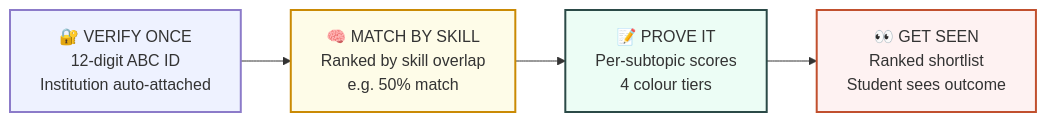
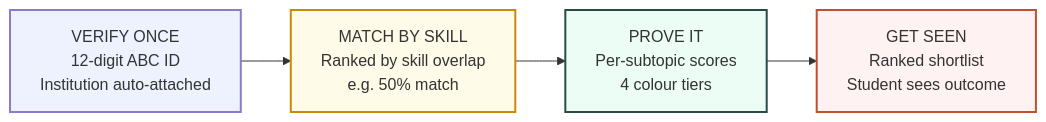
Before and after one commit to ayushjha-dev/RISE: the first of 7 diagrams in README.md, drawn with Mermaid. The commit also changed other lines of this file, not shown here.

````diff
--- a/README.md
+++ b/README.md
@@ -146,10 +146,10 @@
 ```mermaid
 flowchart LR
-    A[🔐 VERIFY ONCE<br/>12-digit ABC ID<br/>Institution auto-attached] --> B[🧠 MATCH BY SKILL<br/>Ranked by skill overlap<br/>e.g. 50% match]
-    B --> C[📝 PROVE IT<br/>Per-subtopic scores<br/>4 colour tiers]
-    C --> D[👀 GET SEEN<br/>Ranked shortlist<br/>Student sees outcome]
+    A[VERIFY ONCE<br/>12-digit ABC ID<br/>Institution auto-attached] --> B[MATCH BY SKILL<br/>Ranked by skill overlap<br/>e.g. 50% match]
+    B --> C[PROVE IT<br/>Per-subtopic scores<br/>4 colour tiers]
+    C --> D[GET SEEN<br/>Ranked shortlist<br/>Student sees outcome]
     style A fill:#eef2ff,stroke:#8c7bc9,stroke-width:2px
     style B fill:#fefce8,stroke:#ca8a04,stroke-width:2px
     style C fill:#ecfdf5,stroke:#2b4a47,stroke-width:2px
     style D fill:#fef2f2,stroke:#c1502e,stroke-width:2px
 ```
````
